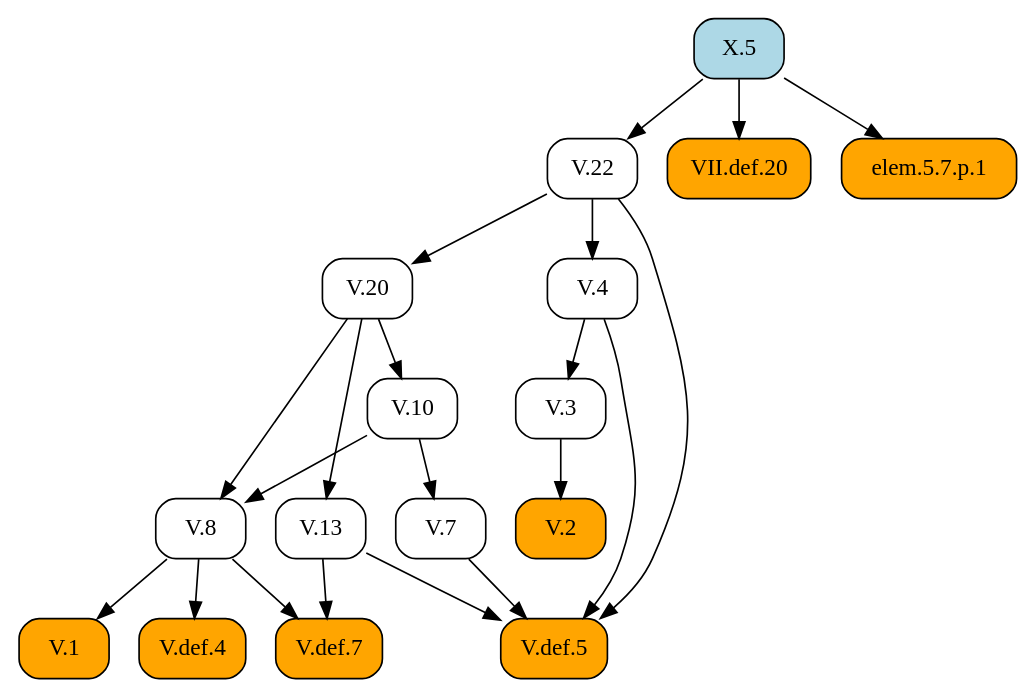
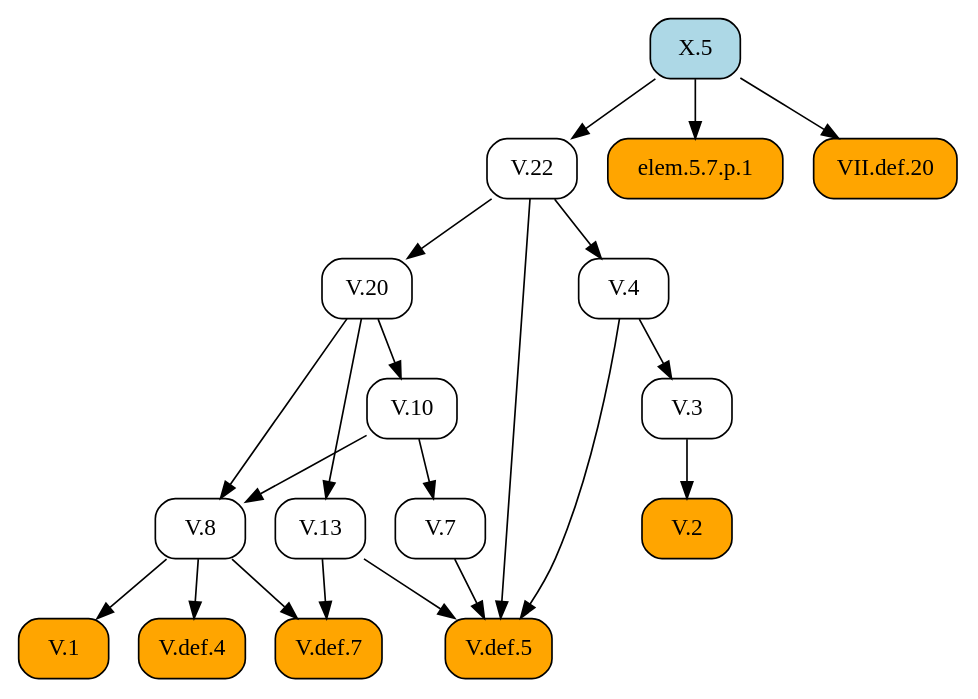
The diagram in docsrc/heath/X/5/index.rst (geometor/elements), drawn with Graphviz before and after one commit. The commit also changed other lines of this file and 1029 other files, not shown here.

```diff
--- a/docsrc/heath/X/5/index.rst
+++ b/docsrc/heath/X/5/index.rst
@@ -52,42 +52,42 @@
 .. graphviz::
 
    digraph {
      rankdir="TB";
      node [shape=box, style=rounded];
+     "V.8" [URL="/heath/V/8/", target="_top"];
+     "V.1" [style="rounded,filled", fillcolor=orange, URL="/heath/V/1/", target="_top"];
+     "X.5" [style="rounded,filled", fillcolor=lightblue, URL="/heath/X/5/", target="_top"];
+     "V.7" [URL="/heath/V/7/", target="_top"];
+     "V.def.4" [style="rounded,filled", fillcolor=orange, URL="/heath/V/def.4/", target="_top"];
+     "V.def.5" [style="rounded,filled", fillcolor=orange, URL="/heath/V/def.5/", target="_top"];
+     "V.2" [style="rounded,filled", fillcolor=orange, URL="/heath/V/2/", target="_top"];
+     "V.22" [URL="/heath/V/22/", target="_top"];
+     "V.10" [URL="/heath/V/10/", target="_top"];
+     "V.13" [URL="/heath/V/13/", target="_top"];
      "V.4" [URL="/heath/V/4/", target="_top"];
-     "V.7" [URL="/heath/V/7/", target="_top"];
-     "V.1" [style="rounded,filled", fillcolor=orange, URL="/heath/V/1/", target="_top"];
-     "V.13" [URL="/heath/V/13/", target="_top"];
-     "V.10" [URL="/heath/V/10/", target="_top"];
-     "X.5" [style="rounded,filled", fillcolor=lightblue, URL="/heath/X/5/", target="_top"];
+     "elem.5.7.p.1" [style="rounded,filled", fillcolor=orange];
      "V.3" [URL="/heath/V/3/", target="_top"];
+     "V.def.7" [style="rounded,filled", fillcolor=orange, URL="/heath/V/def.7/", target="_top"];
+     "V.20" [URL="/heath/V/20/", target="_top"];
      "VII.def.20" [style="rounded,filled", fillcolor=orange, URL="/heath/VII/def.20/", target="_top"];
-     "V.20" [URL="/heath/V/20/", target="_top"];
-     "V.8" [URL="/heath/V/8/", target="_top"];
-     "V.2" [style="rounded,filled", fillcolor=orange, URL="/heath/V/2/", target="_top"];
-     "V.def.4" [style="rounded,filled", fillcolor=orange, URL="/heath/V/def.4/", target="_top"];
-     "V.def.7" [style="rounded,filled", fillcolor=orange, URL="/heath/V/def.7/", target="_top"];
-     "V.22" [URL="/heath/V/22/", target="_top"];
-     "elem.5.7.p.1" [style="rounded,filled", fillcolor=orange];
-     "V.def.5" [style="rounded,filled", fillcolor=orange, URL="/heath/V/def.5/", target="_top"];
-     "V.22" -> "V.4";
-     "V.10" -> "V.7";
-     "V.8" -> "V.1";
-     "V.20" -> "V.13";
-     "V.20" -> "V.10";
-     "V.4" -> "V.3";
-     "X.5" -> "VII.def.20";
-     "V.22" -> "V.20";
      "V.10" -> "V.8";
      "V.20" -> "V.8";
-     "V.3" -> "V.2";
+     "V.8" -> "V.1";
+     "V.10" -> "V.7";
      "V.8" -> "V.def.4";
-     "V.8" -> "V.def.7";
-     "V.13" -> "V.def.7";
-     "X.5" -> "V.22";
-     "X.5" -> "elem.5.7.p.1";
      "V.4" -> "V.def.5";
      "V.7" -> "V.def.5";
      "V.13" -> "V.def.5";
      "V.22" -> "V.def.5";
+     "V.3" -> "V.2";
+     "X.5" -> "V.22";
+     "V.20" -> "V.10";
+     "V.20" -> "V.13";
+     "V.22" -> "V.4";
+     "X.5" -> "elem.5.7.p.1";
+     "V.4" -> "V.3";
+     "V.8" -> "V.def.7";
+     "V.13" -> "V.def.7";
+     "V.22" -> "V.20";
+     "X.5" -> "VII.def.20";
    }
```
